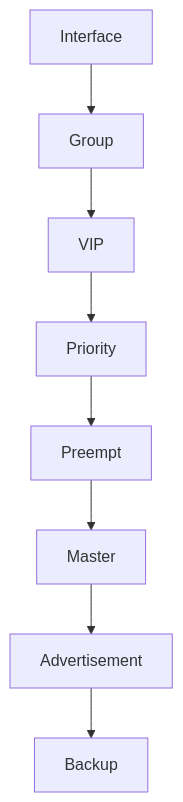
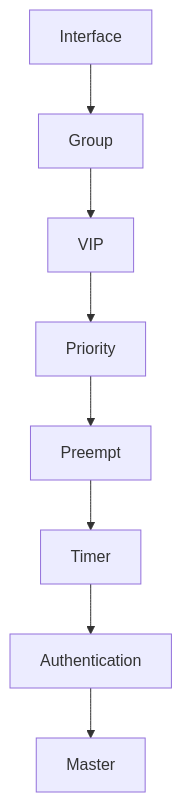
The diagram in VRRP/08_설정예시.md (Neochul2/Network), drawn with Mermaid before and after one commit. The commit also changed other lines of this file and 13 other files, not shown here.

````diff
--- a/VRRP/08_설정예시.md
+++ b/VRRP/08_설정예시.md
@@ -290,17 +201,17 @@
 ```mermaid
 flowchart TD
 
 Interface --> Group
 
 Group --> VIP
 
 VIP --> Priority
 
 Priority --> Preempt
 
-Preempt --> Master
+Preempt --> Timer
 
-Master --> Advertisement
+Timer --> Authentication
 
-Advertisement --> Backup
+Authentication --> Master
 ```
````
